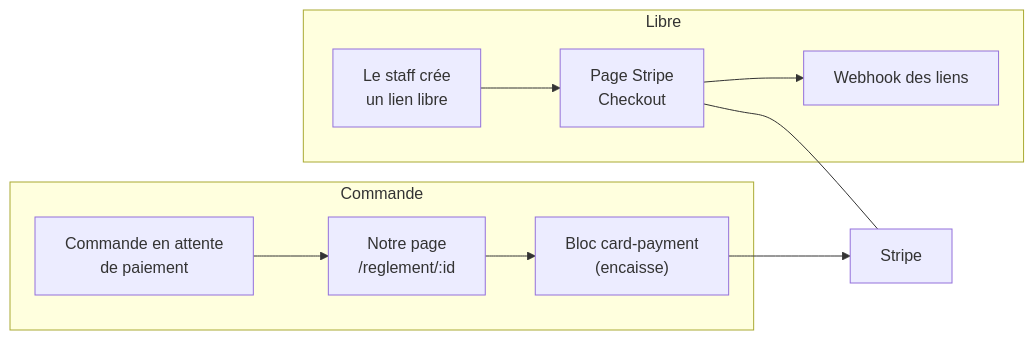
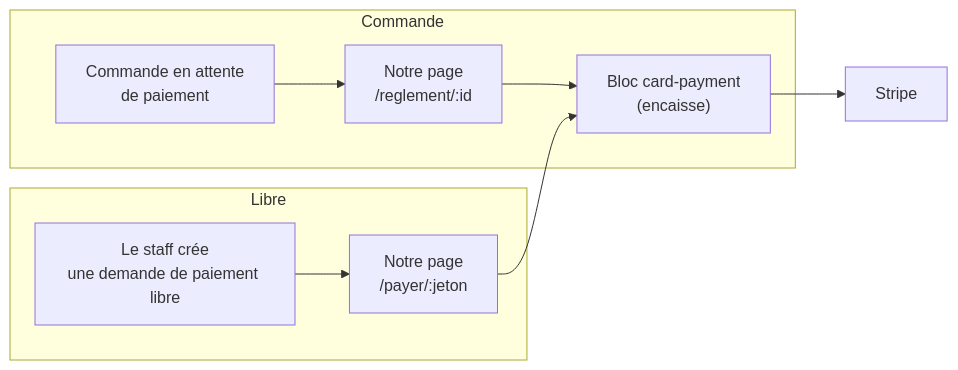
The first of 3 diagrams in documentation/comptabilite/liens-de-paiement/les-liens-de-paiement.md (hugoheynard/lfd), drawn with Mermaid before and after one commit. The commit also changed other lines of this file and 52 other files, not shown here.

````diff
--- a/documentation/comptabilite/liens-de-paiement/les-liens-de-paiement.md
+++ b/documentation/comptabilite/liens-de-paiement/les-liens-de-paiement.md
@@ -22,13 +22,12 @@
 ```mermaid
 flowchart LR
   subgraph Commande
     O["Commande en attente<br/>de paiement"] --> P1["Notre page<br/>/reglement/:id"]
     P1 --> CP["Bloc card-payment<br/>(encaisse)"]
   end
   subgraph Libre
-    S["Le staff crée<br/>un lien libre"] --> P2["Page Stripe<br/>Checkout"]
-    P2 --> W["Webhook des liens"]
+    S["Le staff crée<br/>une demande de paiement libre"] --> P2["Notre page<br/>/payer/:jeton"]
+    P2 --> CP
   end
   CP --> ST["Stripe"]
-  P2 --- ST
 ```
````
